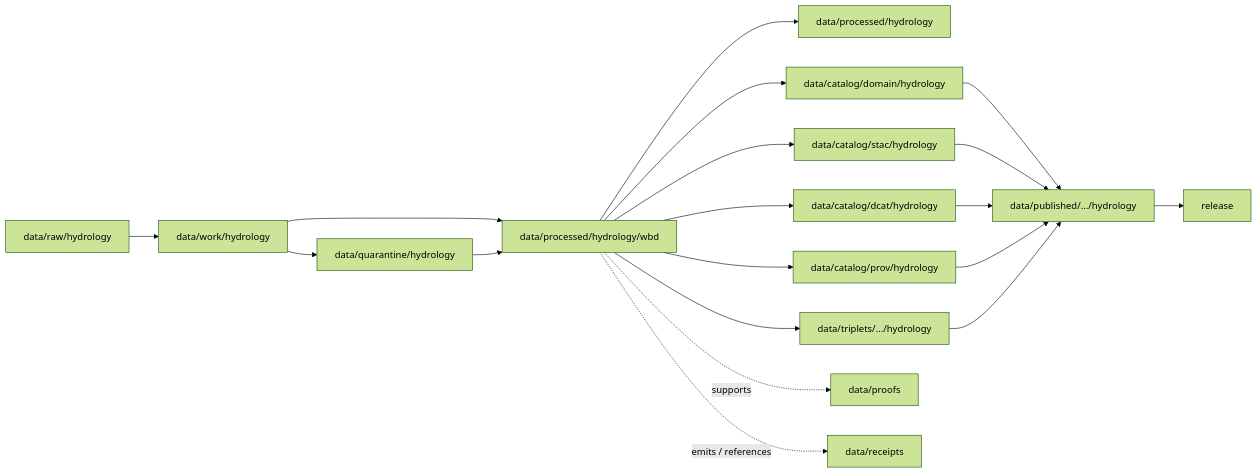
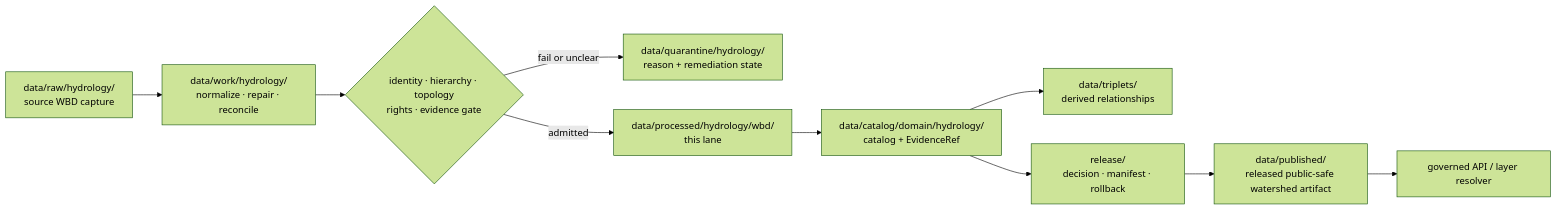
One commit to bartytime4life/Kansas-Frontier-Matrix changed the diagram in data/processed/hydrology/wbd/README.md. Above: the diagram before and after it, drawn with Mermaid (forest theme). The commit also changed other lines of this file, not shown here.

Commit message:
docs: modernize Hydrology WBD processed README

````diff
--- a/data/processed/hydrology/wbd/README.md
+++ b/data/processed/hydrology/wbd/README.md
@@ -107,21 +285,12 @@
 ```mermaid
 flowchart LR
-  RAW[data/raw/hydrology] --> WORK[data/work/hydrology]
-  WORK --> QUAR[data/quarantine/hydrology]
-  WORK --> WBD[data/processed/hydrology/wbd]
-  QUAR --> WBD
-  WBD --> PROC[data/processed/hydrology]
-  WBD --> CAT[data/catalog/domain/hydrology]
-  WBD --> STAC[data/catalog/stac/hydrology]
-  WBD --> DCAT[data/catalog/dcat/hydrology]
-  WBD --> PROV[data/catalog/prov/hydrology]
-  WBD --> TRIP[data/triplets/.../hydrology]
-  WBD -. supports .-> PROOF[data/proofs]
-  WBD -. emits / references .-> RECEIPT[data/receipts]
-  CAT --> PUBLISHED[data/published/.../hydrology]
-  STAC --> PUBLISHED
-  DCAT --> PUBLISHED
-  PROV --> PUBLISHED
-  TRIP --> PUBLISHED
-  PUBLISHED --> REL[release]
+  RAW["data/raw/hydrology/<br/>source WBD capture"] --> WORK["data/work/hydrology/<br/>normalize · repair · reconcile"]
+  WORK --> GATE{"identity · hierarchy · topology<br/>rights · evidence gate"}
+  GATE -->|fail or unclear| QUAR["data/quarantine/hydrology/<br/>reason + remediation state"]
+  GATE -->|admitted| PROC["data/processed/hydrology/wbd/<br/>this lane"]
+  PROC --> CAT["data/catalog/domain/hydrology/<br/>catalog + EvidenceRef"]
+  CAT --> TRIP["data/triplets/<br/>derived relationships"]
+  CAT --> REL["release/<br/>decision · manifest · rollback"]
+  REL --> PUB["data/published/<br/>released public-safe watershed artifact"]
+  PUB --> API["governed API / layer resolver"]
 ```
````
